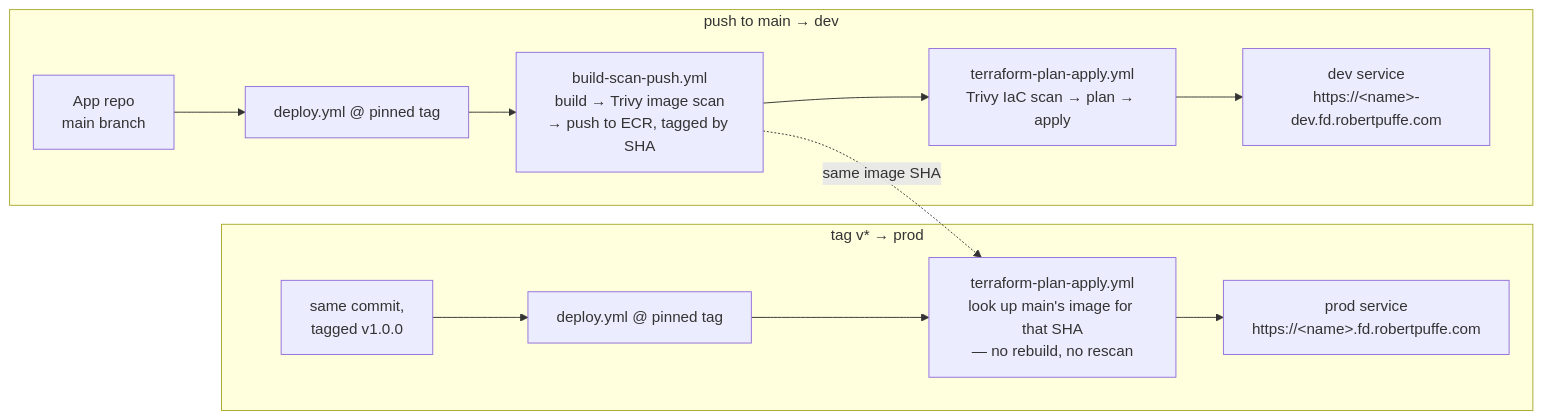
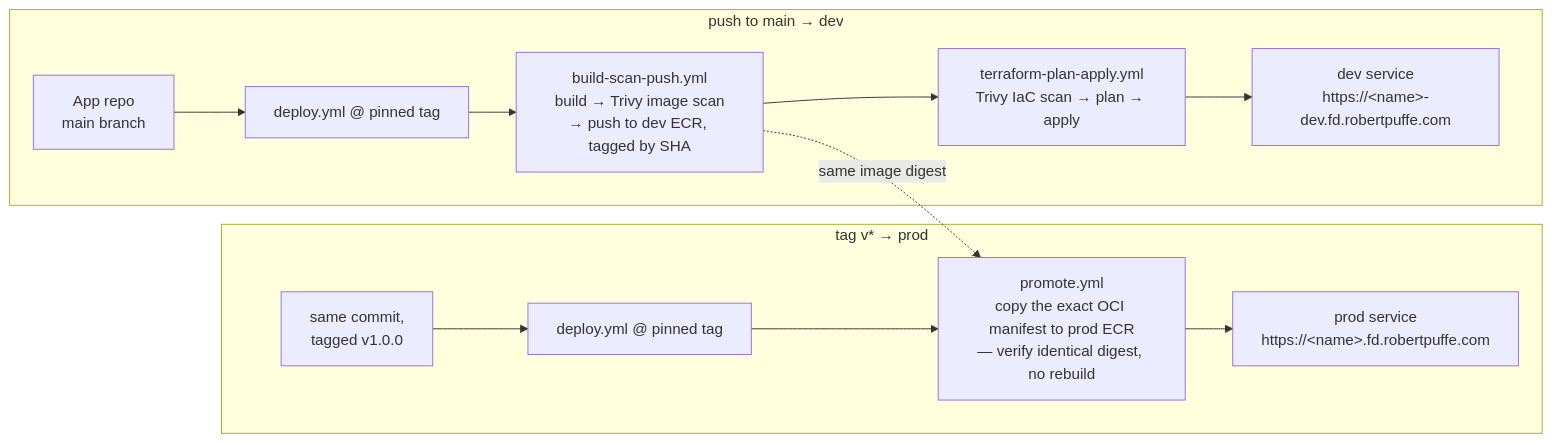
Before and after one commit to rpuffe/flightdeck: the first of 3 diagrams in README.md, drawn with Mermaid. The commit also changed other lines of this file and 3 other files, not shown here.

````diff
--- a/README.md
+++ b/README.md
@@ -32,17 +43,17 @@
 ```mermaid
 flowchart LR
     subgraph M["push to main → dev"]
         A["App repo<br/>main branch"] --> B["deploy.yml @ pinned tag"]
-        B --> C["build-scan-push.yml<br/>build → Trivy image scan<br/>→ push to ECR, tagged by SHA"]
+        B --> C["build-scan-push.yml<br/>build → Trivy image scan<br/>→ push to dev ECR, tagged by SHA"]
         C --> D["terraform-plan-apply.yml<br/>Trivy IaC scan → plan → apply"]
         D --> E["dev service<br/>https://&lt;name&gt;-dev.fd.robertpuffe.com"]
     end
 
     subgraph T["tag v* → prod"]
         F["same commit,<br/>tagged v1.0.0"] --> G["deploy.yml @ pinned tag"]
-        G --> H["terraform-plan-apply.yml<br/>look up main's image for that SHA<br/>— no rebuild, no rescan"]
+        G --> H["promote.yml<br/>copy the exact OCI manifest to prod ECR<br/>— verify identical digest, no rebuild"]
         H --> I["prod service<br/>https://&lt;name&gt;.fd.robertpuffe.com"]
     end
 
-    C -. same image SHA .-> H
+    C -. same image digest .-> H
 ```
````
